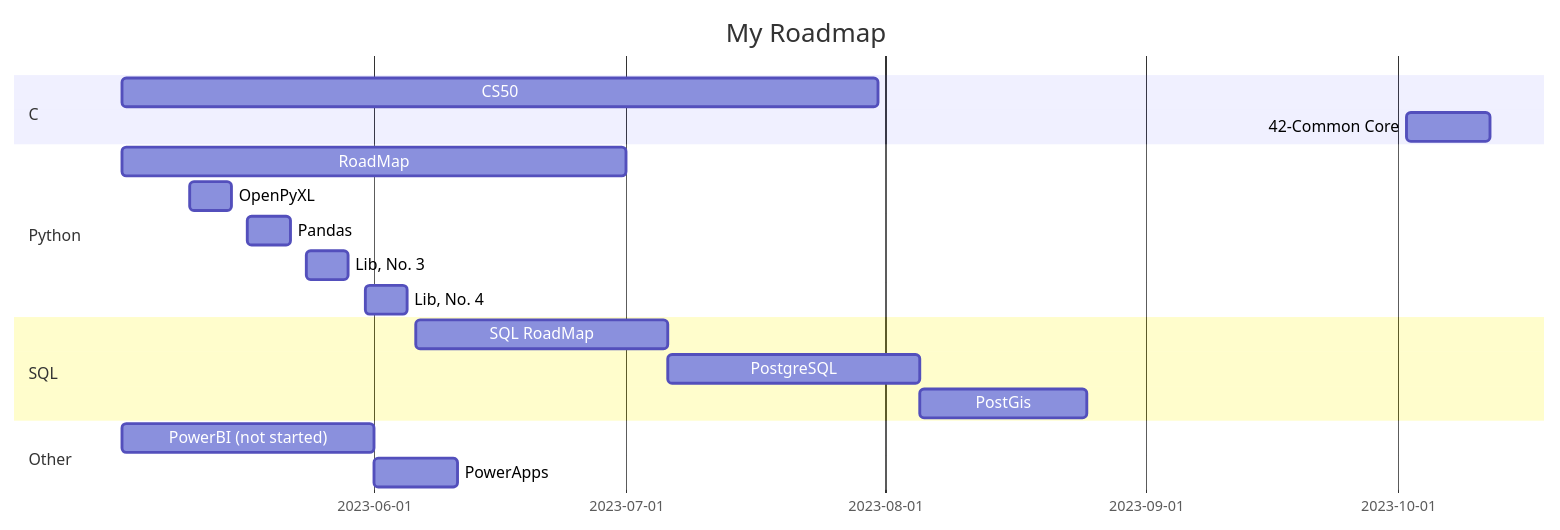
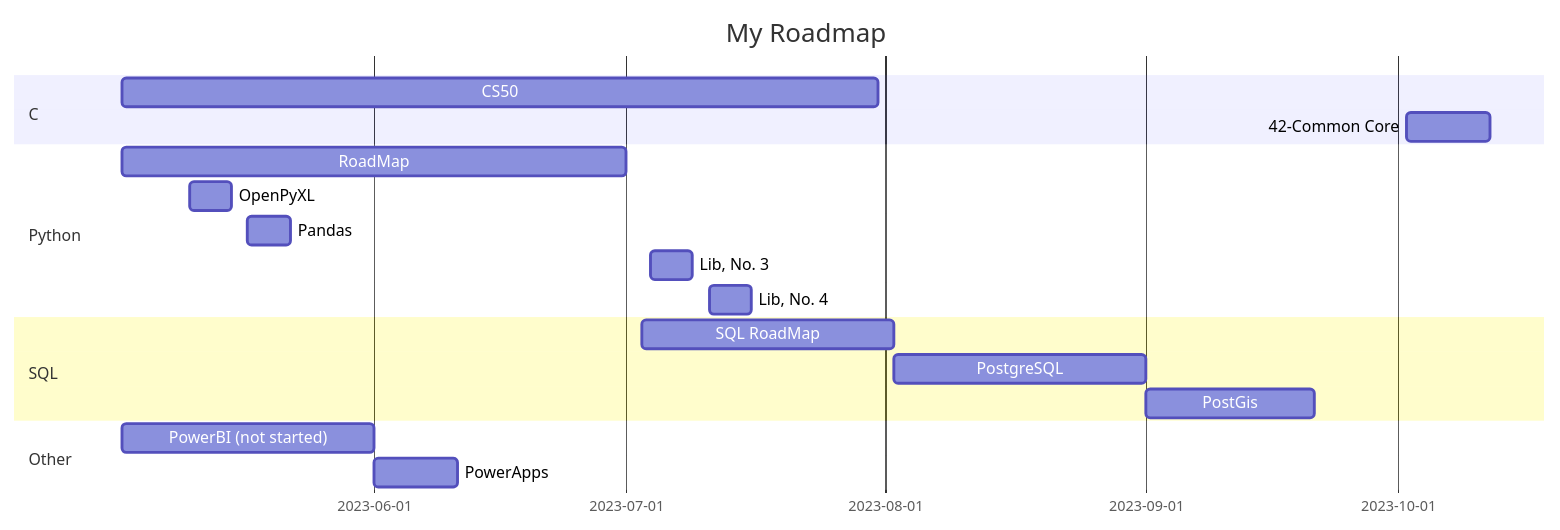
Before and after one commit to see7e/programming-studies: the diagram in README.md, drawn with Mermaid. The commit also changed other lines of this file and 19 other files, not shown here.

````diff
--- a/README.md
+++ b/README.md
@@ -74,24 +74,24 @@
 ```mermaid
 gantt
 	title My Roadmap
     dateFormat  DD-MM-YYYY
     section C
     CS50                    :a1, 02-05-2023, 90d
     42-Common Core          :a2, 02-10-2023, 10d
 
     section Python
     RoadMap                 :02-05-2023, 60d
     OpenPyXL                :10-05-2023, 5d
     Pandas                  :17-05-2023, 5d
-    Lib, No. 3              :24-05-2023, 5d
-    Lib, No. 4              :31-05-2023, 5d
+    Lib, No. 3              :04-07-2023, 5d
+    Lib, No. 4              :11-07-2023, 5d
 
     section SQL
-    SQL RoadMap             :06-06-2023, 30d
+    SQL RoadMap             :03-07-2023, 30d
     PostgreSQL              :30d
     PostGis                 :20d
 
     section Other
     PowerBI (not started)   :02-05-2023, 30d
     PowerApps               :10d
 ```
````
